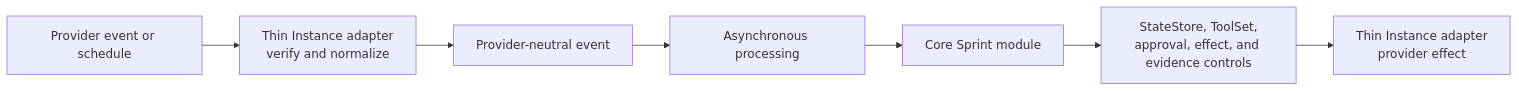
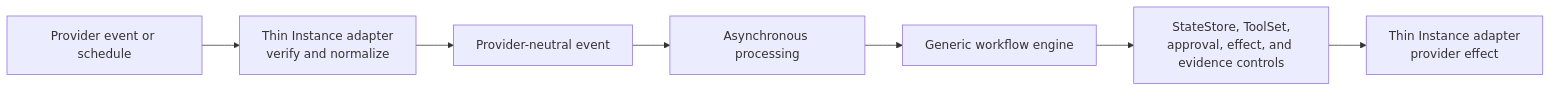
The third of 3 diagrams in docs/architecture/company-instance.md (oregano-os/oregano), drawn with Mermaid before and after one commit. The commit also changed other lines of this file and 7 other files, not shown here.

Commit message:
docs: remove retired Sprint executor architecture

````diff
--- a/docs/architecture/company-instance.md
+++ b/docs/architecture/company-instance.md
@@ -454,9 +454,9 @@
 ```mermaid
 flowchart LR
     P["Provider event or schedule"] --> A["Thin Instance adapter<br/>verify and normalize"]
     A --> E["Provider-neutral event"]
     E --> Q["Asynchronous processing"]
-    Q --> S["Core Sprint module"]
+    Q --> S["Generic workflow engine"]
     S --> C["StateStore, ToolSet,<br/>approval, effect, and evidence controls"]
     C --> O["Thin Instance adapter<br/>provider effect"]
 ```
````
